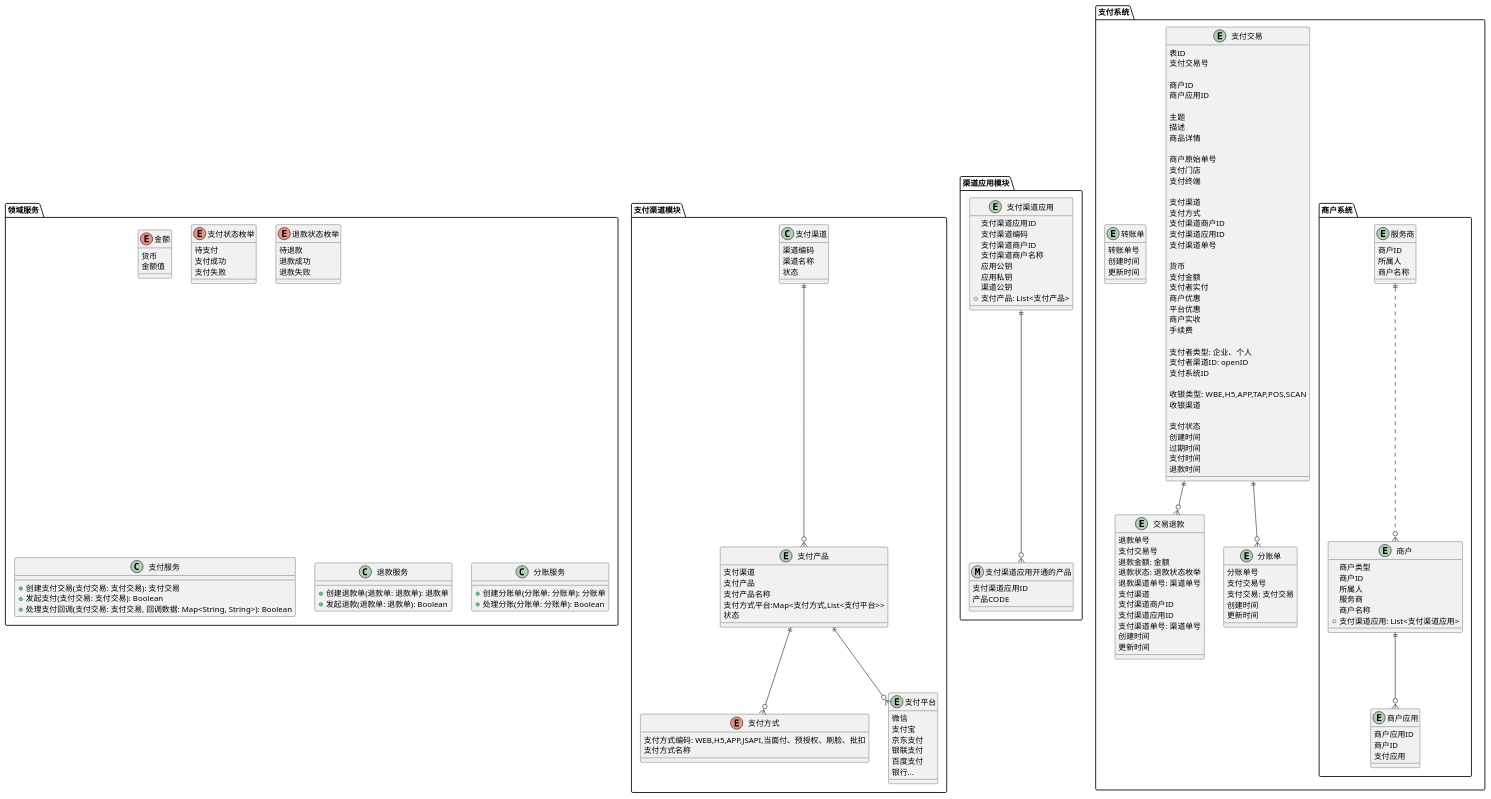
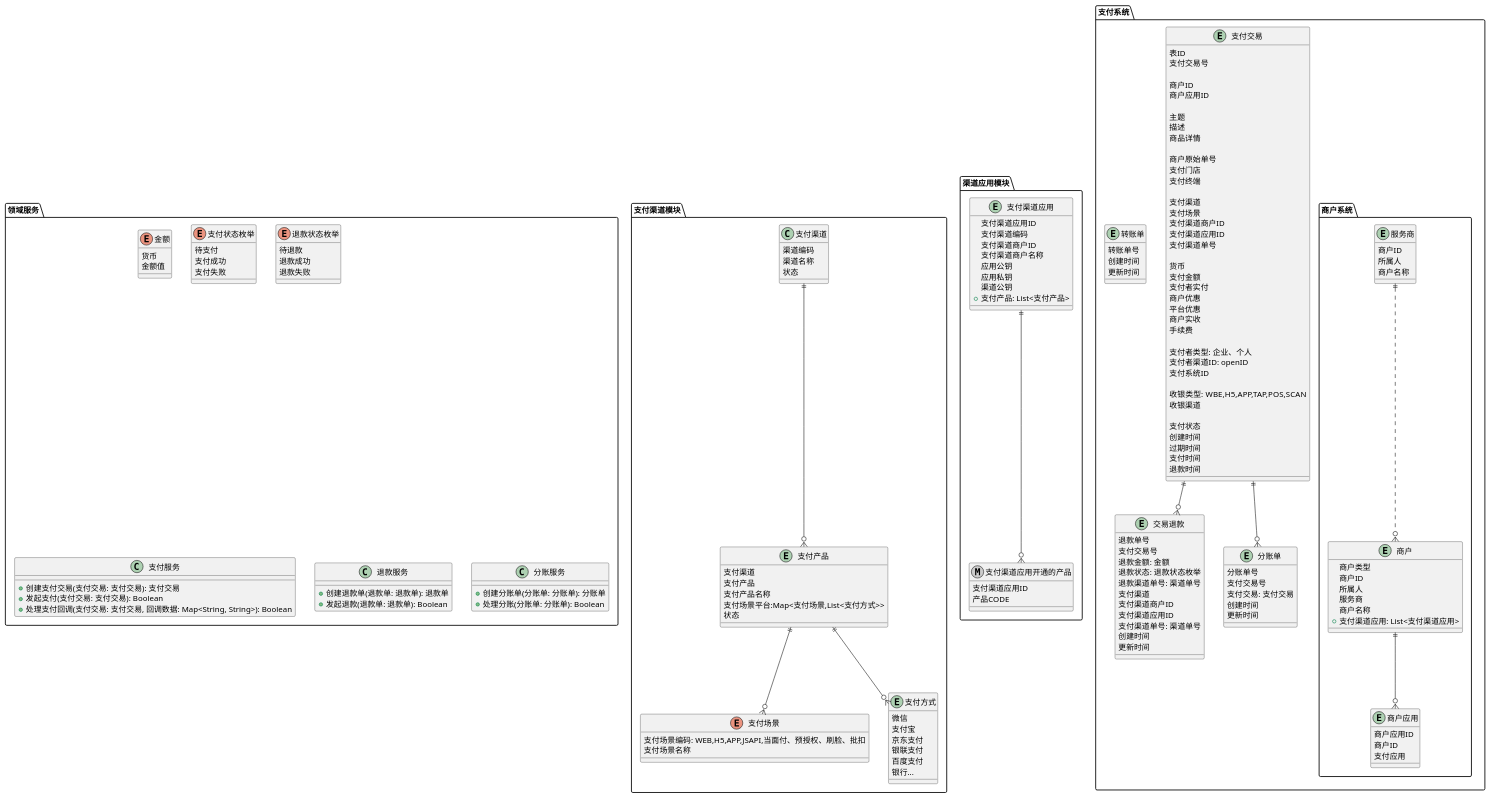
One commit to red-jasmine/payment changed the diagram in docs/领域模型.puml. Above: the diagram before and after it, drawn with PlantUML. The commit also changed 27 other files, not shown here.

```diff
--- a/docs/领域模型.puml
+++ b/docs/领域模型.puml
@@ -13,14 +13,14 @@
             支付渠道
             支付产品
             支付产品名称
-            支付方式平台:Map<支付方式,List<支付平台>>
+            支付场景平台:Map<支付场景,List<支付方式>>
             状态
         }
-    enum 支付方式{
-        支付方式编码: WEB,H5,APP,JSAPI,当面付、预授权、刷脸、批扣
-        支付方式名称
+    enum 支付场景{
+        支付场景编码: WEB,H5,APP,JSAPI,当面付、预授权、刷脸、批扣
+        支付场景名称
     }
-    entity 支付平台{
+    entity 支付方式{
         微信
         支付宝
         京东支付
@@ -32,8 +32,8 @@
     支付渠道 ||--o{ 支付产品
 
 
-    支付产品 ||--o{ 支付平台
     支付产品 ||--o{ 支付方式
+    支付产品 ||--o{ 支付场景
 }
 
 
@@ -105,7 +105,7 @@
 
         '支付渠道
         支付渠道
-        支付方式
+        支付场景
         支付渠道商户ID
         支付渠道应用ID
         支付渠道单号
@@ -124,7 +124,7 @@
         支付者渠道ID: openID
         支付系统ID
 
-        ' 支付方式
+        ' 支付场景
         收银类型: WBE,H5,APP,TAP,POS,SCAN
         收银渠道
 
```
